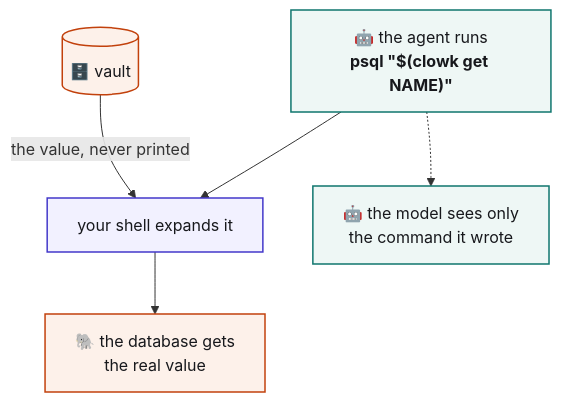
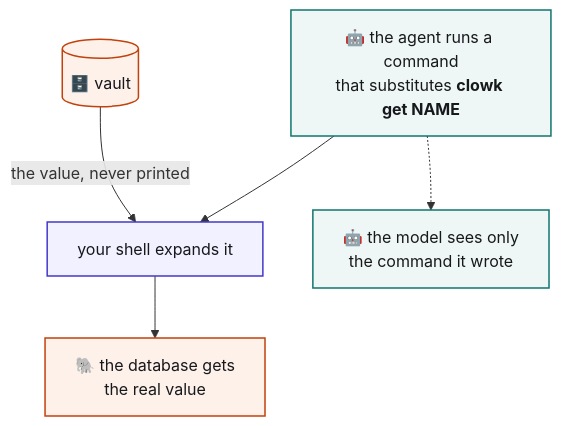
The second of 3 diagrams in README.md (Aniumbott/clowk), drawn with Mermaid before and after one commit. The commit also changed other lines of this file and 1 other file, not shown here.

````diff
--- a/README.md
+++ b/README.md
@@ -298,17 +298,17 @@
 ```mermaid
 flowchart TD
-    A["🤖 the agent runs<br/><b>psql &quot;$(clowk get NAME)&quot;</b>"]:::ref
+    A["🤖 the agent runs a command<br/>that substitutes <b>clowk get NAME</b>"]:::ref
     S["your shell expands it"]:::tool
     V[("🗄️ vault")]:::secret
     D["🐘 the database gets<br/>the real value"]:::secret
     M["🤖 the model sees only<br/>the command it wrote"]:::ref
 
     A --> S
     V -->|"the value, never printed"| S
     S --> D
     A -.-> M
 
     classDef secret fill:#fdf1ea,stroke:#c2410c,stroke-width:1.5px,color:#17181c
     classDef ref fill:#eef7f5,stroke:#0f766e,stroke-width:1.5px,color:#17181c
     classDef tool fill:#f2f1ff,stroke:#4338ca,stroke-width:1.5px,color:#17181c
 ```
````
